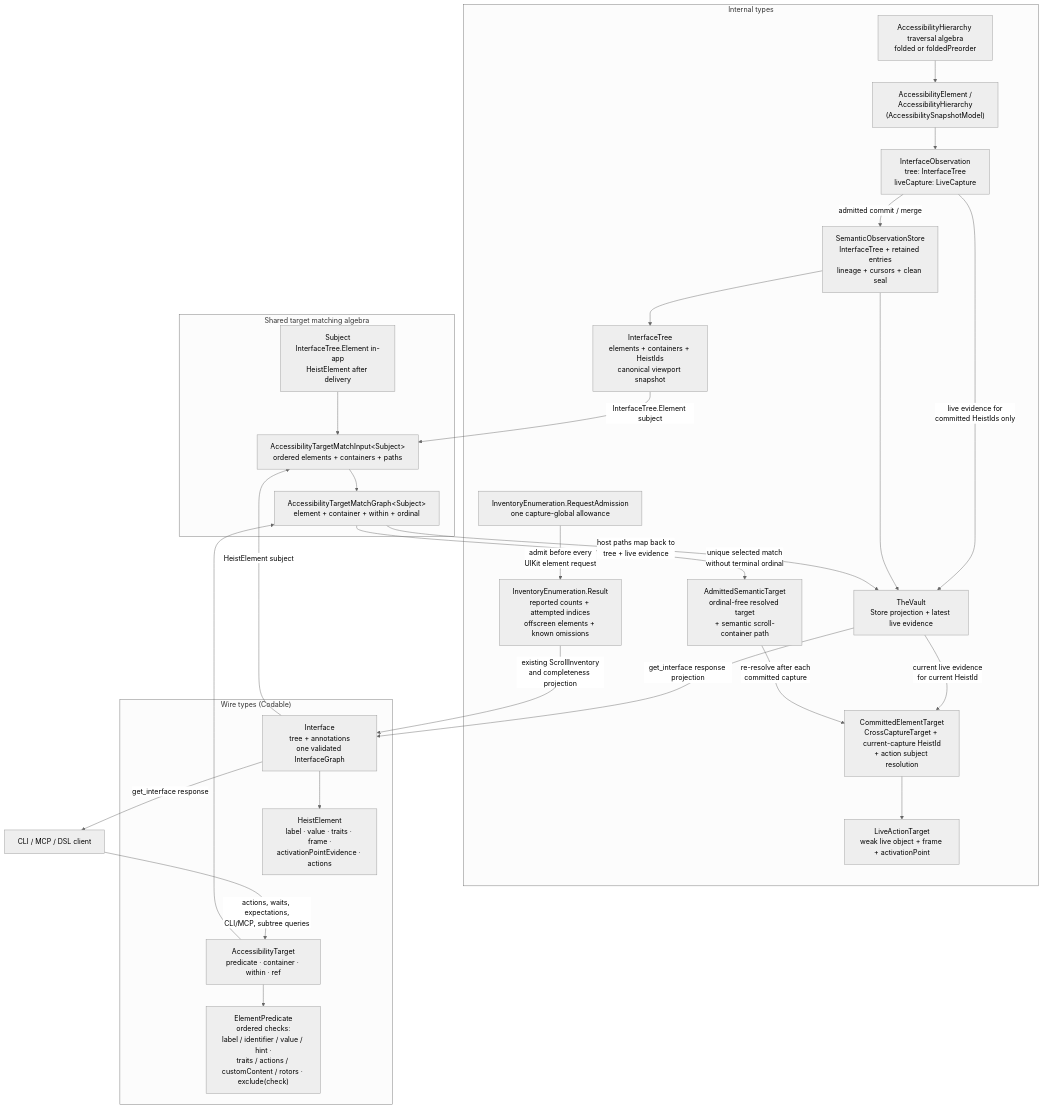
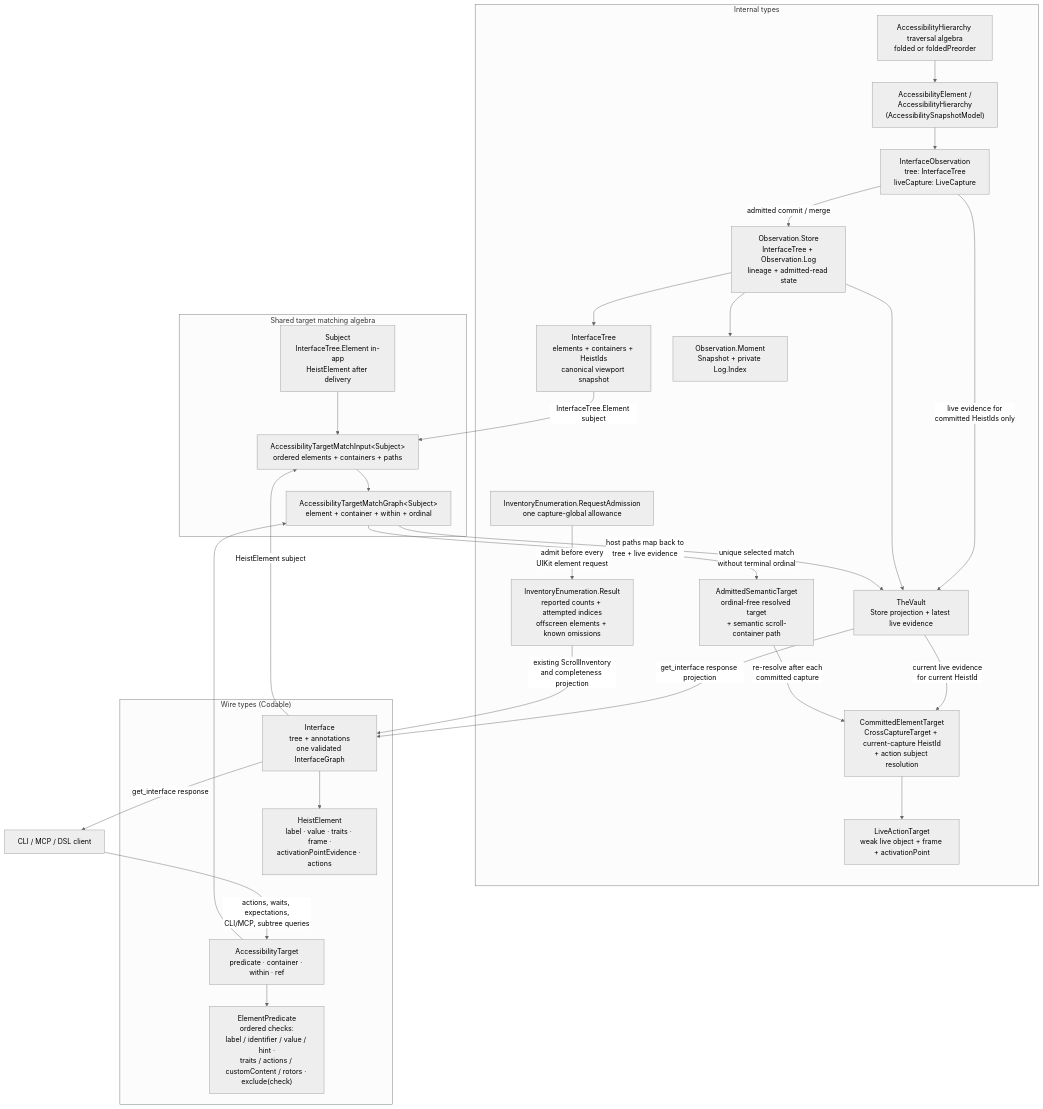
Before and after one commit to RoyalPineapple/TheButtonHeist: the diagram in docs/diagrams/currency-types.md, drawn with Mermaid (neutral theme). The commit also changed other lines of this file and 146 other files, not shown here.

````diff
--- a/docs/diagrams/currency-types.md
+++ b/docs/diagrams/currency-types.md
@@ -8,56 +8,58 @@
 ```mermaid
 flowchart TD
     subgraph internal["Internal types"]
         WALK["AccessibilityHierarchy traversal algebra<br/>folded or foldedPreorder"]
         AXE["AccessibilityElement /<br/>AccessibilityHierarchy<br/>(AccessibilitySnapshotModel)"]
         OBS["InterfaceObservation<br/>tree: InterfaceTree<br/>liveCapture: LiveCapture"]
         TREE["InterfaceTree<br/>elements + containers + HeistIds<br/>canonical viewport snapshot"]
-        STORE["SemanticObservationStore<br/>InterfaceTree + retained entries<br/>lineage + cursors + clean seal"]
+        STORE["Observation.Store<br/>InterfaceTree + Observation.Log<br/>lineage + admitted-read state"]
+        MOMENT["Observation.Moment<br/>Snapshot + private Log.Index"]
         STASH["TheVault<br/>Store projection + latest live evidence"]
         ADMITTED["AdmittedSemanticTarget<br/>ordinal-free resolved target<br/>+ semantic scroll-container path"]
         PIN["CommittedElementTarget<br/>CrossCaptureTarget + current-capture HeistId<br/>+ action subject resolution"]
         LIVET["LiveActionTarget<br/>weak live object + frame + activationPoint"]
         REQUESTS["InventoryEnumeration.RequestAdmission<br/>one capture-global allowance"]
         INVENTORY["InventoryEnumeration.Result<br/>reported counts + attempted indices<br/>offscreen elements + known omissions"]
         WALK --> AXE
         AXE --> OBS
         OBS -- "admitted commit / merge" --> STORE
         OBS -- "live evidence for<br/>committed HeistIds only" --> STASH
         STORE --> TREE
+        STORE --> MOMENT
         STORE --> STASH
         STASH -- "current live evidence<br/>for current HeistId" --> PIN
         ADMITTED -- "re-resolve after each<br/>committed capture" --> PIN
         PIN --> LIVET
         REQUESTS -- "admit before every<br/>UIKit element request" --> INVENTORY
     end
 
     subgraph wireTypes["Wire types (Codable)"]
         IFACE["Interface<br/>tree + annotations<br/>one validated InterfaceGraph"]
         HE["HeistElement<br/>label · value · traits · frame ·<br/>activationPointEvidence · actions"]
         ET["AccessibilityTarget<br/>predicate · container · within · ref"]
         EP["ElementPredicate<br/>ordered checks:<br/>label / identifier / value / hint ·<br/>traits / actions / customContent / rotors · exclude(check)"]
         IFACE --> HE
         HE ~~~ ET
         ET --> EP
     end
 
     subgraph matching["Shared target matching algebra"]
         SUBJECT["Subject<br/>InterfaceTree.Element in-app<br/>HeistElement after delivery"]
         INPUT["AccessibilityTargetMatchInput&lt;Subject&gt;<br/>ordered elements + containers + paths"]
         MATCH["AccessibilityTargetMatchGraph&lt;Subject&gt;<br/>element + container + within + ordinal"]
         SUBJECT --> INPUT
         INPUT --> MATCH
     end
 
     CLIENT["CLI / MCP / DSL client"]
 
     STASH -- "get_interface response projection" --> IFACE
     IFACE -- "get_interface response" --> CLIENT
     CLIENT -- "actions, waits, expectations,<br/>CLI/MCP, subtree queries" --> ET
     IFACE -- "HeistElement subject" --> INPUT
     TREE -- "InterfaceTree.Element subject" --> INPUT
     ET --> MATCH
     MATCH -- "host paths map back to<br/>tree + live evidence" --> STASH
     MATCH -- "unique selected match<br/>without terminal ordinal" --> ADMITTED
     INVENTORY -- "existing ScrollInventory<br/>and completeness projection" --> IFACE
 ```
````
